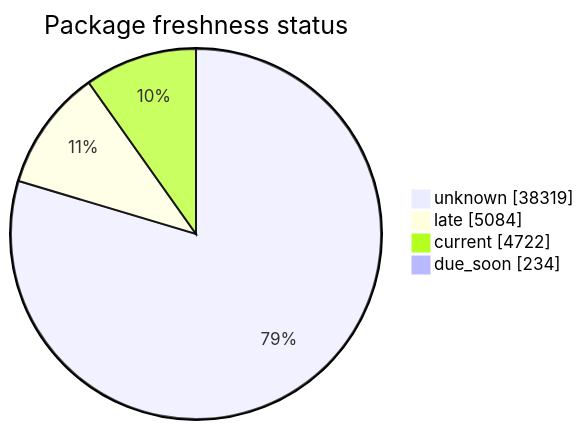
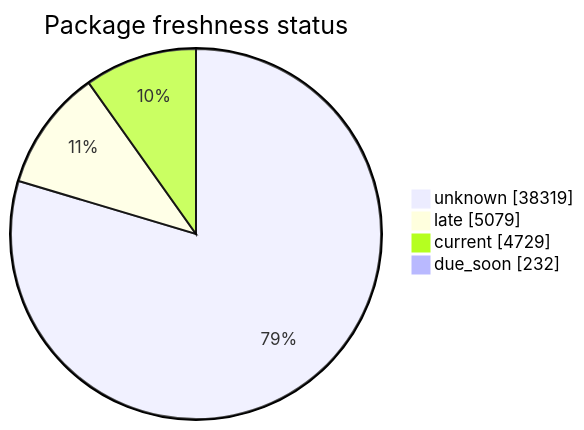
Before and after one commit to open-data/analytics-corporate-reporting: the second of 5 diagrams in FreshCheck/README.md, drawn with Mermaid. The commit also changed other lines of this file and 3 other files, not shown here.

````diff
--- a/FreshCheck/README.md
+++ b/FreshCheck/README.md
@@ -68,7 +68,7 @@
 ```mermaid
 pie showData title Package freshness status
     "unknown": 38319
-    "late": 5084
-    "current": 4722
-    "due_soon": 234
+    "late": 5079
+    "current": 4729
+    "due_soon": 232
 ```
````
